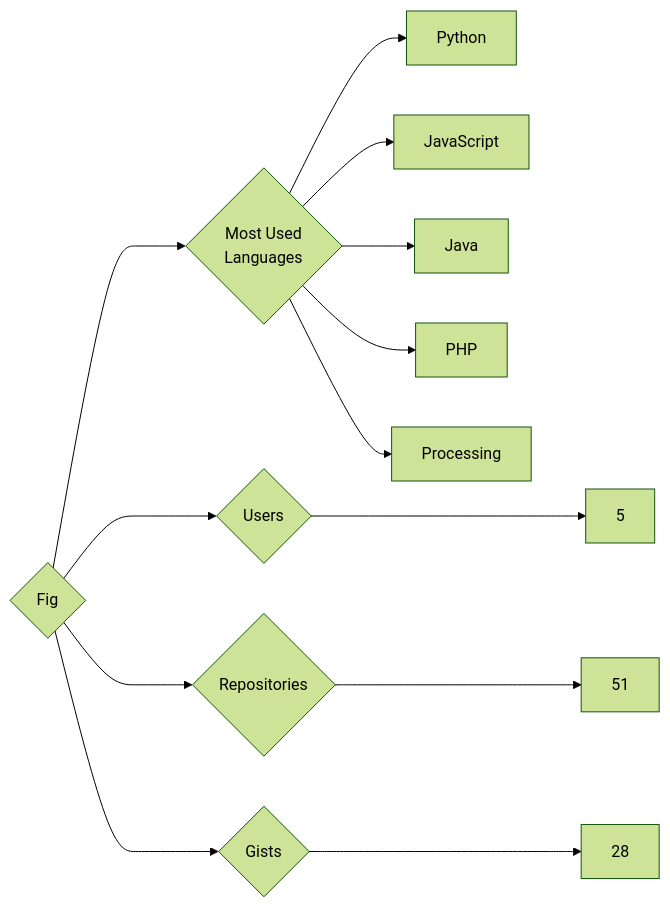
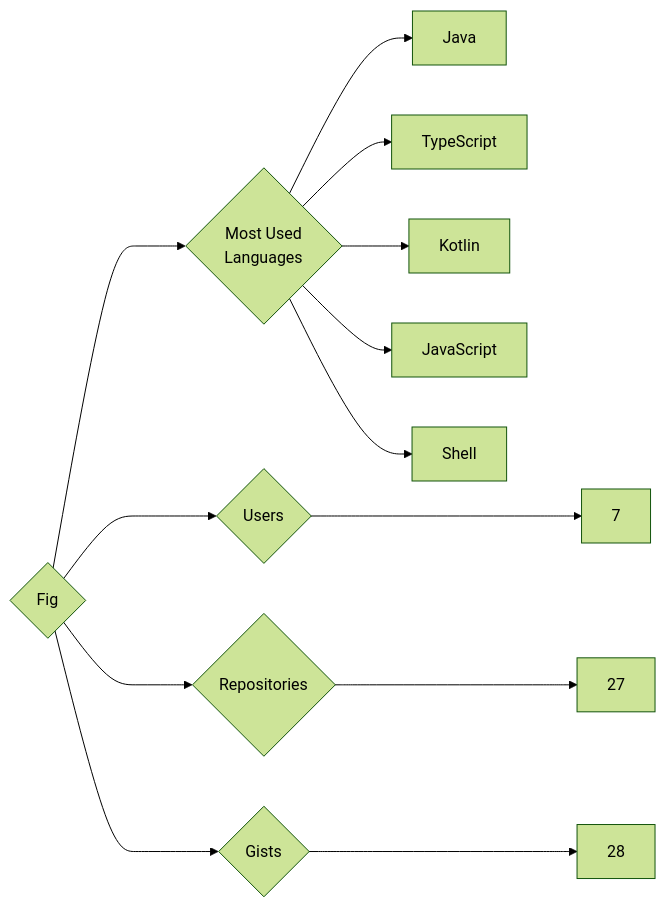
Before and after one commit to trickest/insiders: the diagram in targets/Fig/README.md, drawn with Mermaid (forest theme). The commit also changed 951 other files, not shown here.

````diff
--- a/targets/Fig/README.md
+++ b/targets/Fig/README.md
@@ -3,13 +3,13 @@
 ```mermaid
 graph LR
 COMPANY_NAME{Fig}
-COMPANY_NAME ---> U{Users} ---> UN[5]
-COMPANY_NAME ---> R{Repositories} ---> RN[51]
+COMPANY_NAME ---> U{Users} ---> UN[7]
+COMPANY_NAME ---> R{Repositories} ---> RN[27]
 COMPANY_NAME ---> G{Gists} ---> GN[28]
 COMPANY_NAME ---> ML{Most Used<br>Languages}
-ML --> Python[Python]
+ML --> Java[Java]
+ML --> TypeScript[TypeScript]
+ML --> Kotlin[Kotlin]
 ML --> JavaScript[JavaScript]
-ML --> Java[Java]
-ML --> PHP[PHP]
-ML --> Processing[Processing]
+ML --> Shell[Shell]
 ```
````
